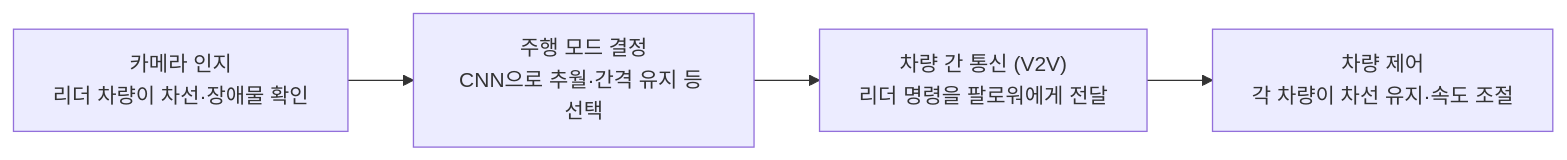
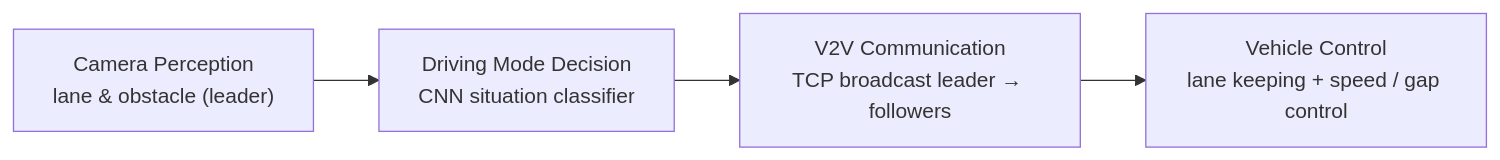
The diagram in README.md (ohseung02/Platooning_Assist_System_picar), drawn with Mermaid before and after one commit. The commit also changed other lines of this file, not shown here.

````diff
--- a/README.md
+++ b/README.md
@@ -30,6 +17,6 @@
 ```mermaid
 flowchart LR
-    A["카메라 인지<br/>리더 차량이 차선·장애물 확인"] --> B["주행 모드 결정<br/>CNN으로 추월·간격 유지 등 선택"]
-    B --> C["차량 간 통신 (V2V)<br/>리더 명령을 팔로워에게 전달"]
-    C --> D["차량 제어<br/>각 차량이 차선 유지·속도 조절"]
+    A["Camera Perception<br/>lane & obstacle (leader)"] --> B["Driving Mode Decision<br/>CNN situation classifier"]
+    B --> C["V2V Communication<br/>TCP broadcast leader → followers"]
+    C --> D["Vehicle Control<br/>lane keeping + speed / gap control"]
 ```
````
